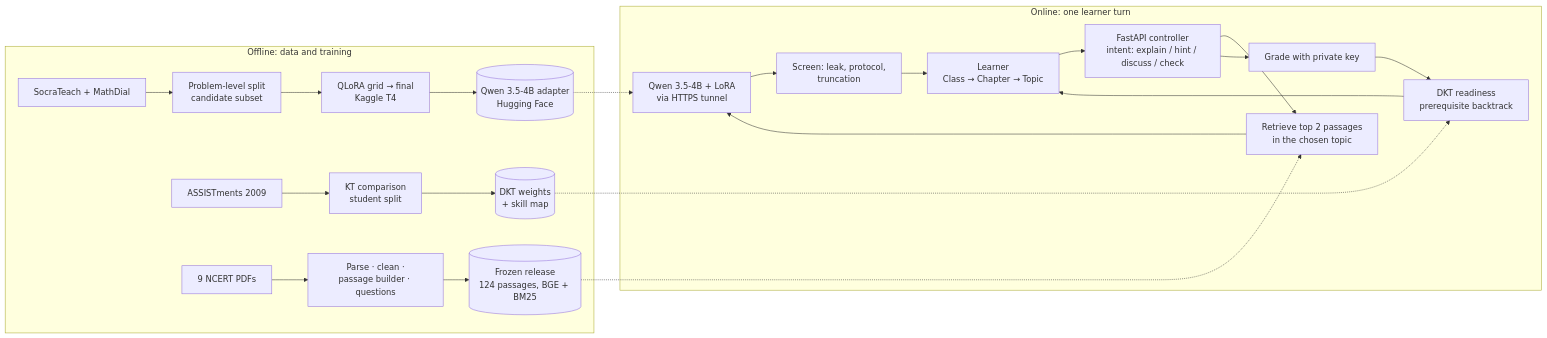
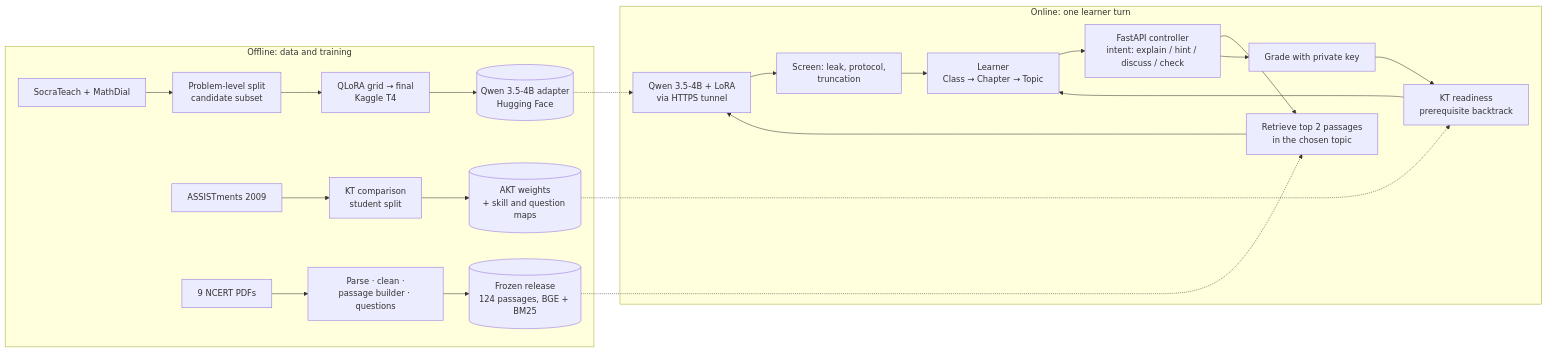
Before and after one commit to Hariomkr147/Group-2-DS-and-AI-Lab-Project: the diagram in docs/milestone-3/M3_Report.md, drawn with Mermaid. The commit also changed other lines of this file and 149 other files, not shown here.

Commit message:
Update Milestone 3 reports, presentations, README, mock-app, and AKT model weights

````diff
--- a/docs/milestone-3/M3_Report.md
+++ b/docs/milestone-3/M3_Report.md
@@ -220,19 +222,19 @@
 ```mermaid
 flowchart LR
   subgraph Offline["Offline: data and training"]
     D1[SocraTeach + MathDial] --> P1[Problem-level split<br/>candidate subset] --> T1[QLoRA grid → final<br/>Kaggle T4] --> A1[(Qwen 3.5-4B adapter<br/>Hugging Face)]
-    D2[ASSISTments 2009] --> T2[KT comparison<br/>student split] --> A2[(DKT weights<br/>+ skill map)]
+    D2[ASSISTments 2009] --> T2[KT comparison<br/>student split] --> A2[(AKT weights<br/>+ skill and question maps)]
     D3[9 NCERT PDFs] --> P3[Parse · clean ·<br/>passage builder · questions] --> A3[(Frozen release<br/>124 passages, BGE + BM25)]
   end
   subgraph Online["Online: one learner turn"]
     U[Learner<br/>Class → Chapter → Topic] --> C[FastAPI controller<br/>intent: explain / hint / discuss / check]
     C --> R[Retrieve top 2 passages<br/>in the chosen topic]
     R --> G[Qwen 3.5-4B + LoRA<br/>via HTTPS tunnel]
     G --> S[Screen: leak, protocol,<br/>truncation]
     S --> U
-    C --> K[Grade with private key] --> M[DKT readiness<br/>prerequisite backtrack] --> U
+    C --> K[Grade with private key] --> M[KT readiness<br/>prerequisite backtrack] --> U
   end
   A1 -.-> G
   A2 -.-> M
   A3 -.-> R
 ```
````
